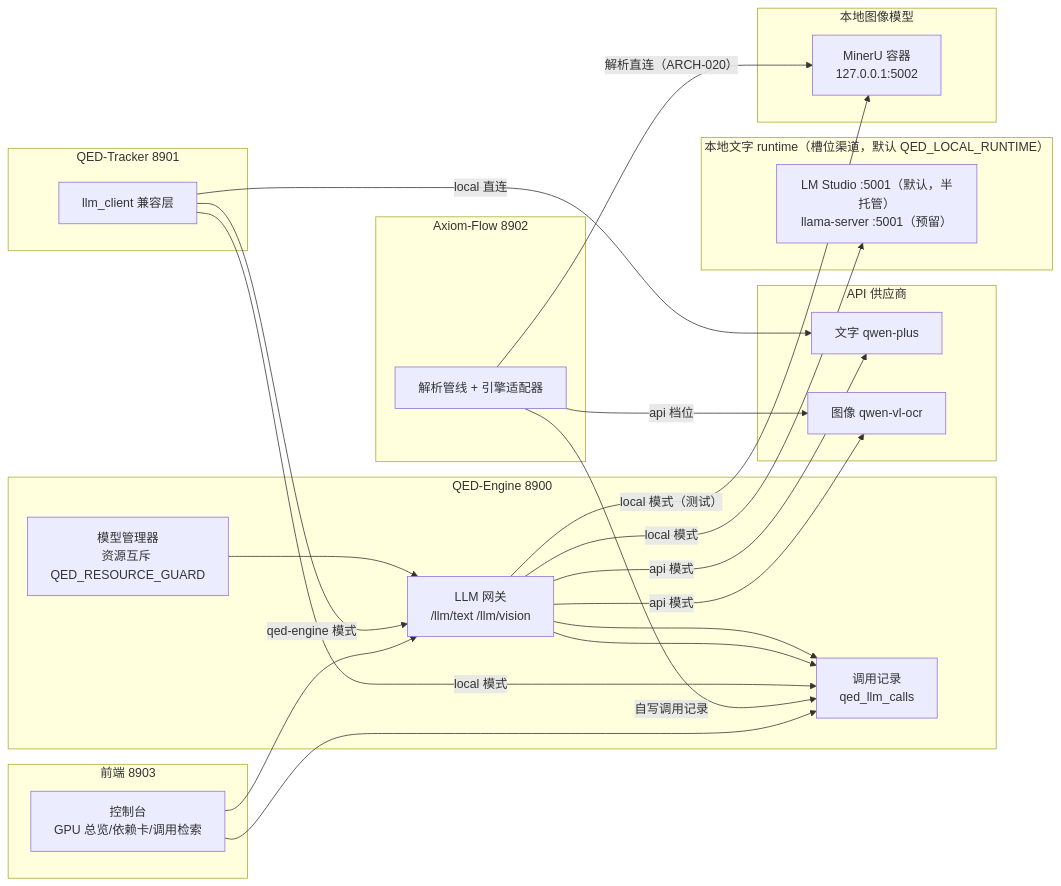
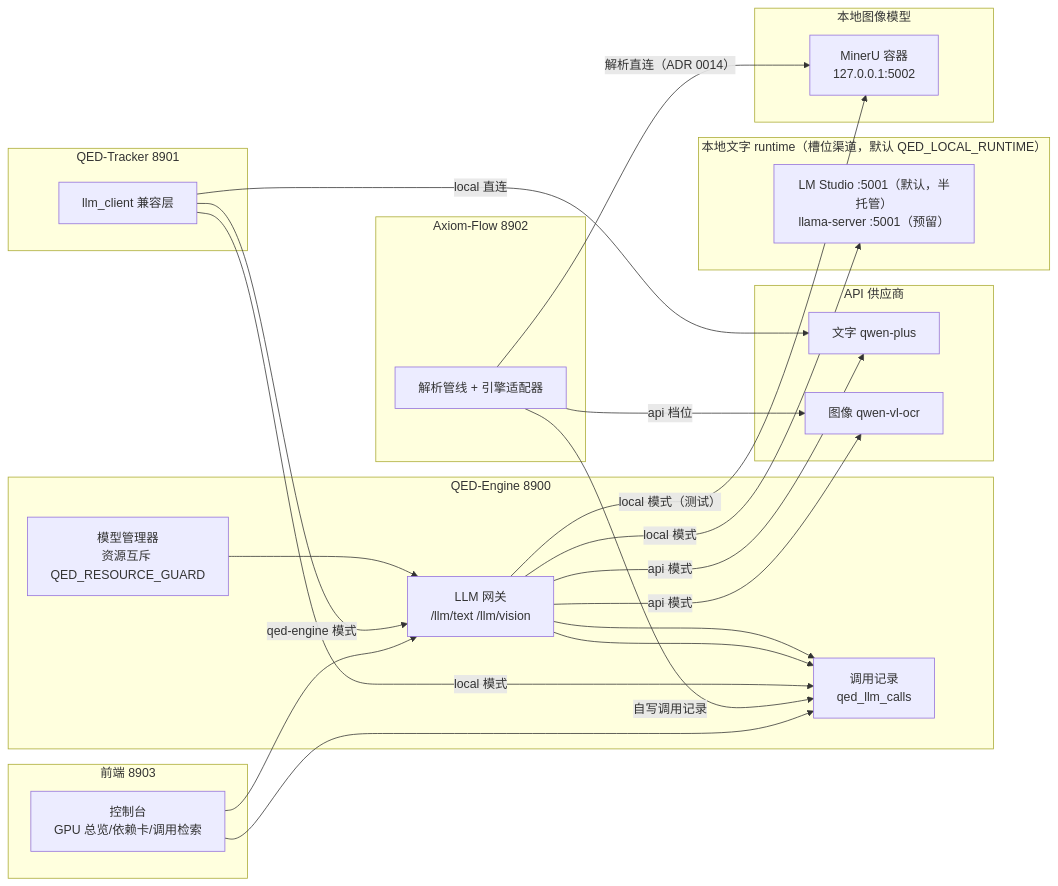
Before and after one commit to swfswf1234/QED-Engine: the diagram in docs/design/llm-gateway.md, drawn with Mermaid. The commit also changed other lines of this file and 22 other files, not shown here.

````diff
--- a/docs/design/llm-gateway.md
+++ b/docs/design/llm-gateway.md
@@ -56,42 +36,42 @@
 ```mermaid
 flowchart LR
     subgraph QEDEngine[QED-Engine 8900]
         GW[LLM 网关<br/>/llm/text /llm/vision]
         MM[模型管理器<br/>资源互斥 QED_RESOURCE_GUARD]
         CL[调用记录<br/>qed_llm_calls]
         MM --> GW
         GW --> CL
     end
     subgraph LocalText[本地文字 runtime（槽位渠道，默认 QED_LOCAL_RUNTIME）]
         LMS[LM Studio :5001（默认，半托管）<br/>llama-server :5001（预留）]
     end
     subgraph LocalImage[本地图像模型]
         MRU[MinerU 容器<br/>127.0.0.1:5002]
     end
     subgraph API[API 供应商]
         APIT[文字 qwen-plus]
         APII[图像 qwen-vl-ocr]
     end
     subgraph Tracker[QED-Tracker 8901]
         TR[llm_client 兼容层]
     end
     subgraph Axiom[Axiom-Flow 8902]
         AX[解析管线 + 引擎适配器]
     end
     subgraph FE[前端 8903]
         CON[控制台<br/>GPU 总览/依赖卡/调用检索]
     end
     GW -- api 模式 --> APIT
     GW -- api 模式 --> APII
     GW -- local 模式 --> LMS
     GW -- local 模式（测试） --> MRU
     TR -- local 直连 --> APIT
-    AX -- 解析直连（ARCH-020） --> MRU
+    AX -- 解析直连（ADR 0014） --> MRU
     AX -- api 档位 --> APII
     TR -- qed-engine 模式 --> GW
     GW --> CL
     TR -- local 模式 --> CL
     AX -- 自写调用记录 --> CL
     CON --> GW
     CON --> CL
 ```
````
